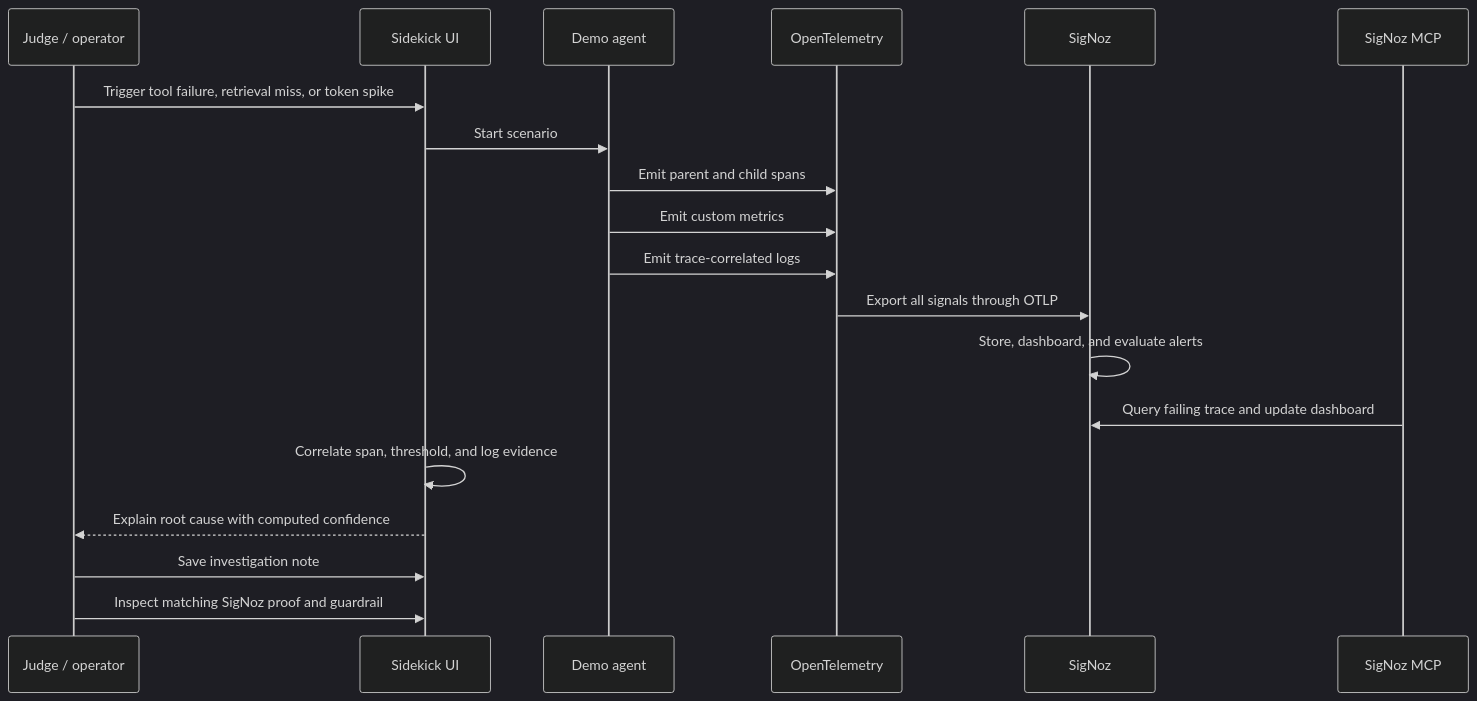
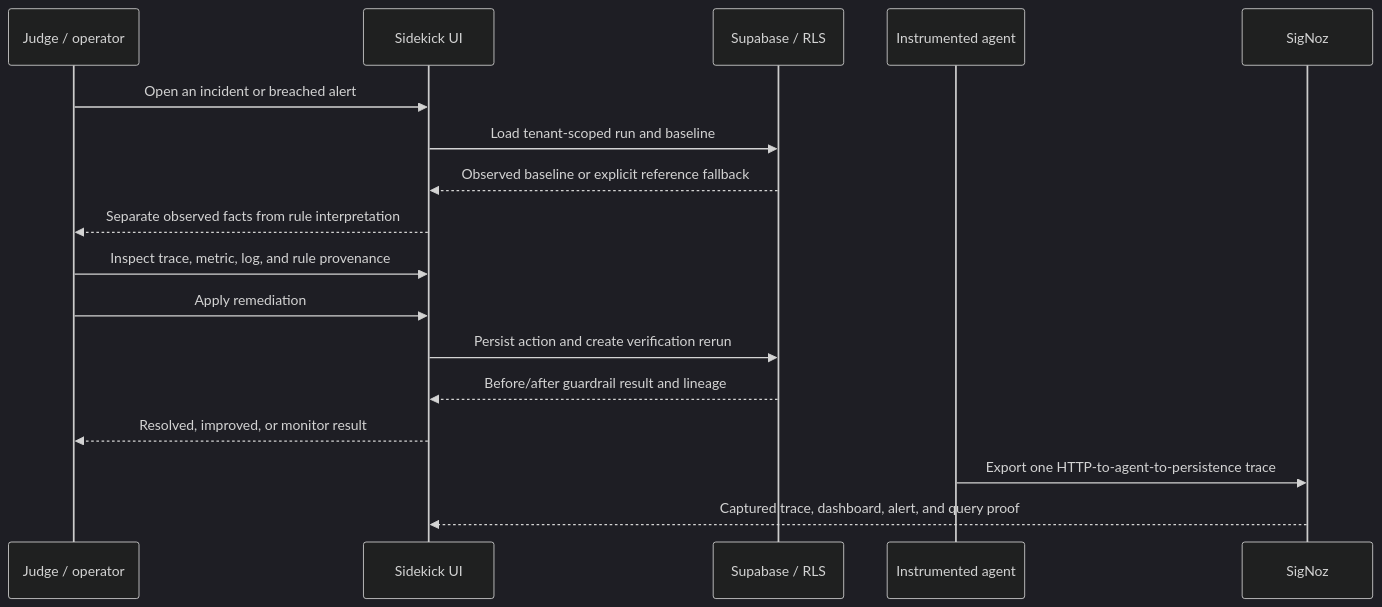
Before and after one commit to phanixdev/agentscope-sidekick: the second of 2 diagrams in docs/architecture.md, drawn with Mermaid (dark theme). The commit also changed other lines of this file and 29 other files, not shown here.

````diff
--- a/docs/architecture.md
+++ b/docs/architecture.md
@@ -48,22 +58,20 @@
 ```mermaid
 sequenceDiagram
     participant J as Judge / operator
     participant W as Sidekick UI
-    participant A as Demo agent
-    participant O as OpenTelemetry
+    participant DB as Supabase / RLS
+    participant A as Instrumented agent
     participant S as SigNoz
-    participant M as SigNoz MCP
 
-    J->>W: Trigger tool failure, retrieval miss, or token spike
-    W->>A: Start scenario
-    A->>O: Emit parent and child spans
-    A->>O: Emit custom metrics
-    A->>O: Emit trace-correlated logs
-    O->>S: Export all signals through OTLP
-    S->>S: Store, dashboard, and evaluate alerts
-    M->>S: Query failing trace and update dashboard
-    W->>W: Correlate span, threshold, and log evidence
-    W-->>J: Explain root cause with computed confidence
-    J->>W: Save investigation note
-    J->>W: Inspect matching SigNoz proof and guardrail
+    J->>W: Open an incident or breached alert
+    W->>DB: Load tenant-scoped run and baseline
+    DB-->>W: Observed baseline or explicit reference fallback
+    W-->>J: Separate observed facts from rule interpretation
+    J->>W: Inspect trace, metric, log, and rule provenance
+    J->>W: Apply remediation
+    W->>DB: Persist action and create verification rerun
+    DB-->>W: Before/after guardrail result and lineage
+    W-->>J: Resolved, improved, or monitor result
+    A->>S: Export one HTTP-to-agent-to-persistence trace
+    S-->>W: Captured trace, dashboard, alert, and query proof
 ```
````
